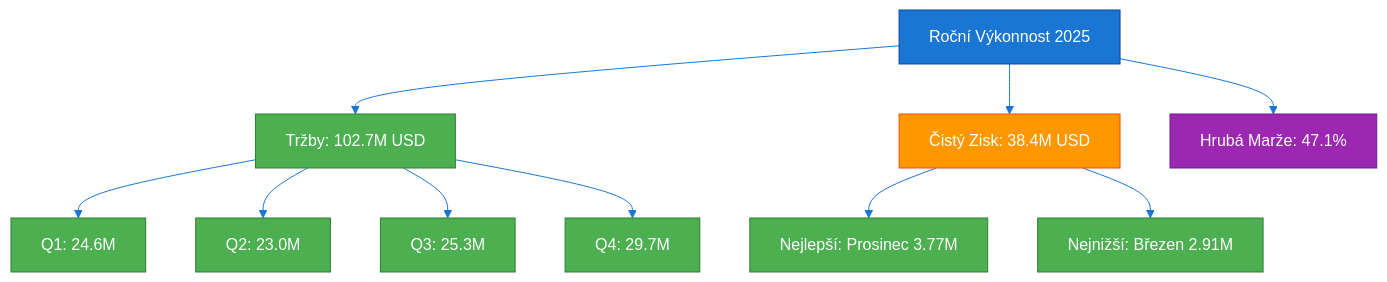
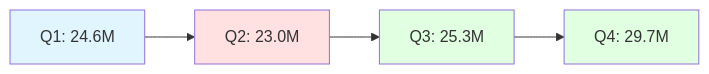
One commit to martinrysanek/PlanningAnalytics changed the first of 5 diagrams in output.md. Above: the diagram before and after it, drawn with Mermaid. The commit also changed other lines of this file, not shown here.

````diff
--- a/output.md
+++ b/output.md
@@ -47,18 +26,10 @@
 ```mermaid
-%%{init: {'theme':'base', 'themeVariables': { 'primaryColor':'#4CAF50','primaryTextColor':'#fff','primaryBorderColor':'#2E7D32','lineColor':'#1976D2','secondaryColor':'#FF9800','tertiaryColor':'#fff'}}}%%
-graph TD
-    A[Roční Výkonnost 2025] --> B[Tržby: 102.7M USD]
-    A --> C[Čistý Zisk: 38.4M USD]
-    A --> D[Hrubá Marže: 47.1%]
-    B --> E[Q1: 24.6M]
-    B --> F[Q2: 23.0M]
-    B --> G[Q3: 25.3M]
-    B --> H[Q4: 29.7M]
-    C --> I[Nejlepší: Prosinec 3.77M]
-    C --> J[Nejnižší: Březen 2.91M]
-    
-    style A fill:#1976D2,stroke:#0D47A1,color:#fff
-    style B fill:#4CAF50,stroke:#2E7D32,color:#fff
-    style C fill:#FF9800,stroke:#E65100,color:#fff
-    style D fill:#9C27B0,stroke:#6A1B9A,color:#fff
+graph LR
+    A[Q1: 24.6M] --> B[Q2: 23.0M]
+    B --> C[Q3: 25.3M]
+    C --> D[Q4: 29.7M]
+    style A fill:#e1f5ff
+    style B fill:#ffe1e1
+    style C fill:#e1ffe1
+    style D fill:#e1ffe1
 ```
````
